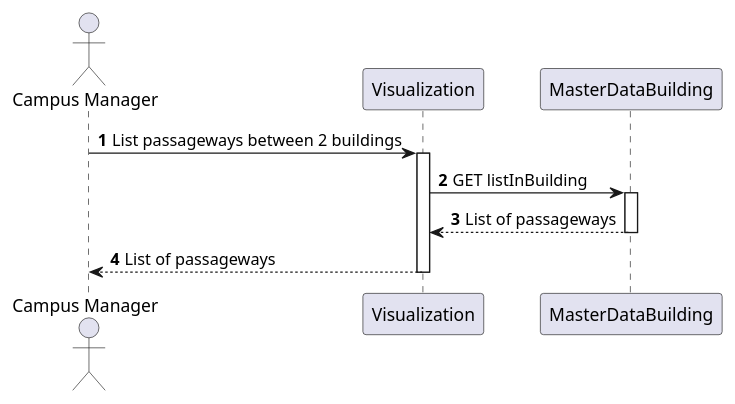
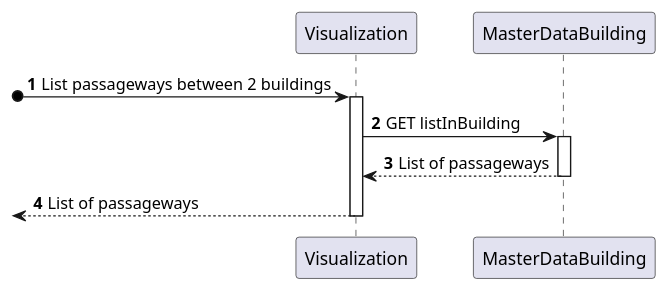
Before and after one commit to Pedro-Pereira1/sem5pi_23_24_g056: the diagram in docs/US_260/Diagrams/Level2/ProcessView.puml, drawn with PlantUML. The commit also changed 14 other files, not shown here.

Commit message:
Fixed error in all process view level 2 diagrams

```diff
--- a/docs/US_260/Diagrams/Level2/ProcessView.puml
+++ b/docs/US_260/Diagrams/Level2/ProcessView.puml
@@ -1,20 +1,20 @@
 @startuml
 
 autonumber
-actor "Campus Manager" as CM
+
 participant Visualization
 participant "MasterDataBuilding" as GI
 
-CM -> Visualization: List passageways between 2 buildings
+?o-> Visualization: List passageways between 2 buildings
 activate Visualization
 
 Visualization -> GI: GET listInBuilding
 activate GI
 GI --> Visualization: List of passageways
 deactivate GI
 
-CM <-- Visualization: List of passageways
+<-- Visualization: List of passageways
 deactivate Visualization
 
 
 @enduml
```
